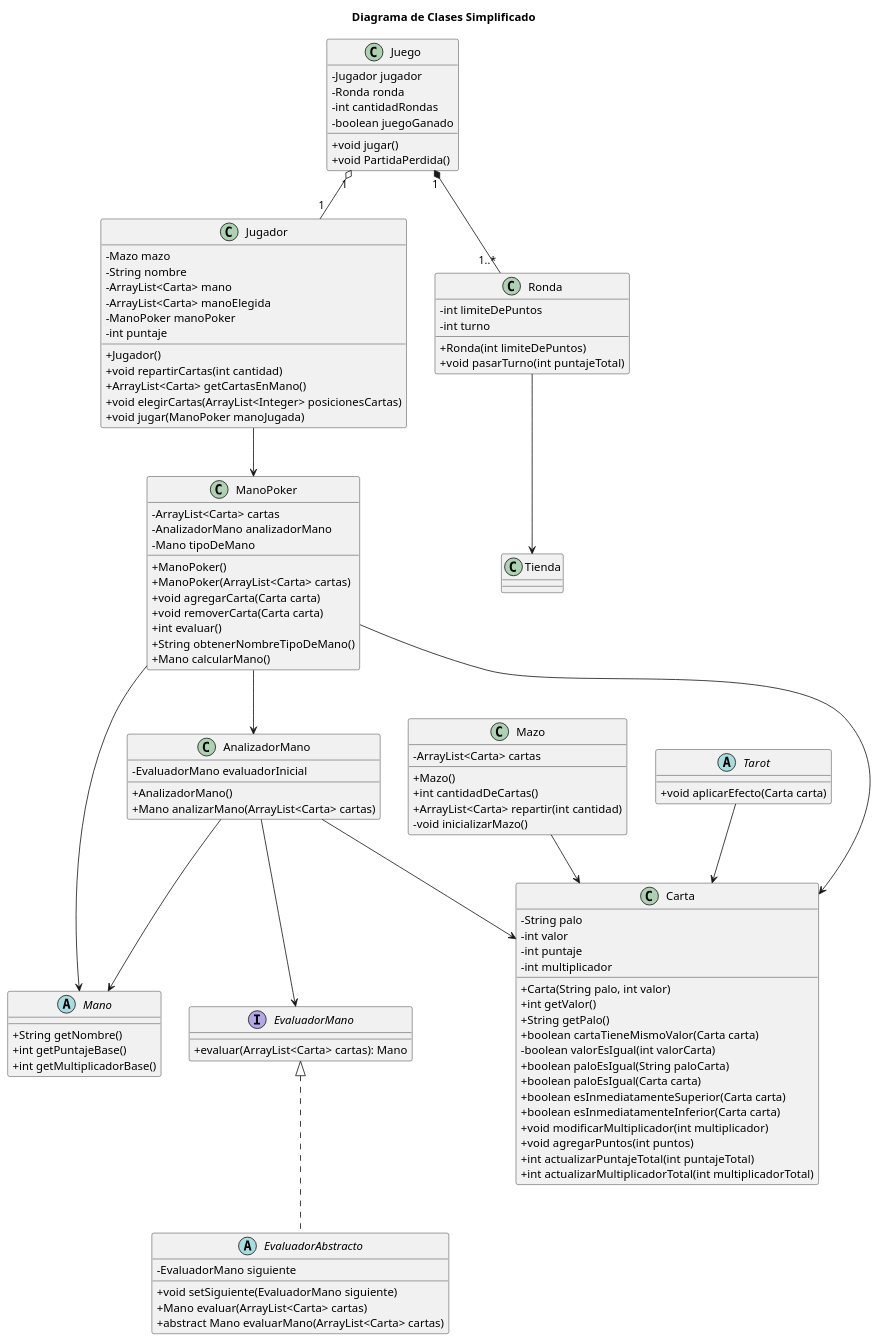
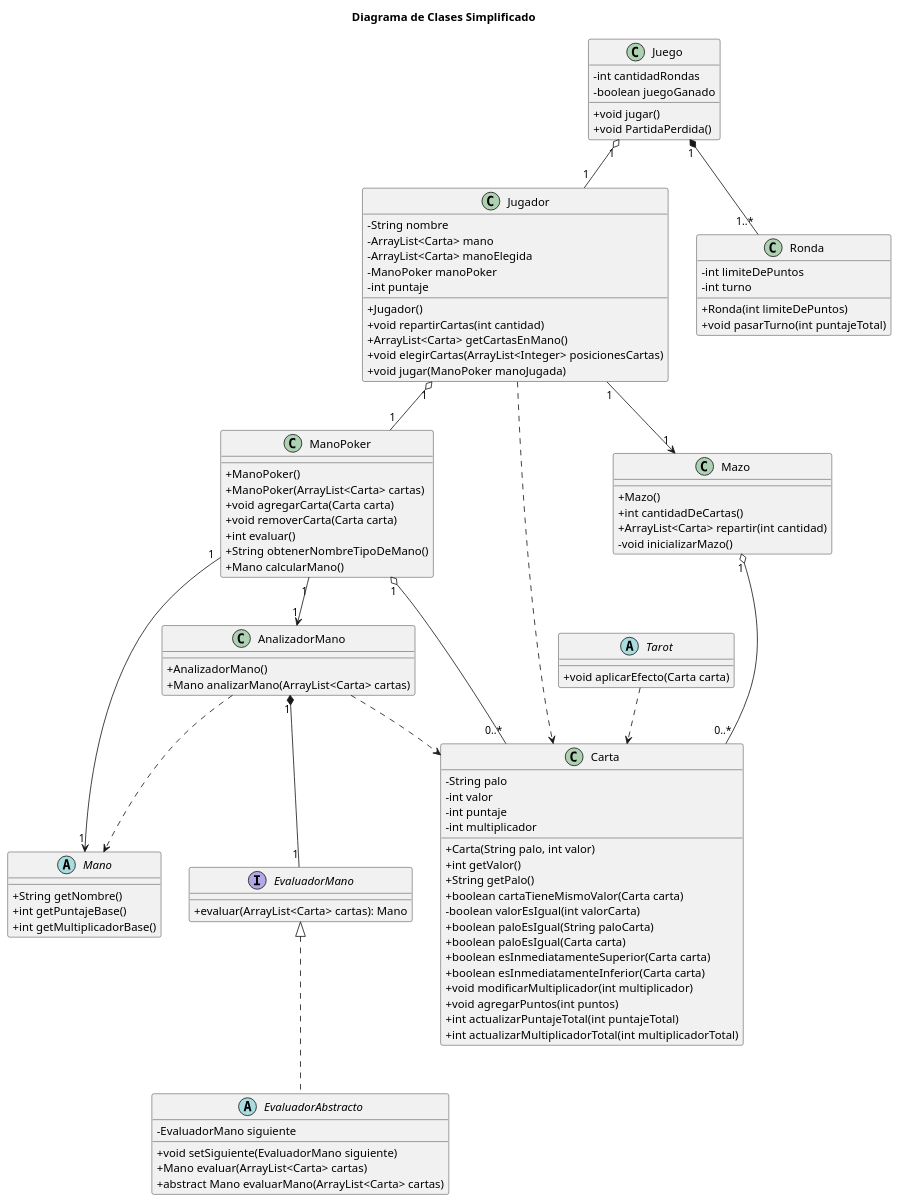
Before and after one commit to JonyHuergo/tp2-paradigmas: the diagram in diagramas/clases/simplificado.puml, drawn with PlantUML.

Commit message:
Cambios relaciones en diagrama simplificado

```diff
--- a/diagramas/clases/simplificado.puml
+++ b/diagramas/clases/simplificado.puml
@@ -1,124 +1,116 @@
 @startuml Diagrama de Clases Simplificado
 
 skinparam classAttributeIconSize 0
 
 title Diagrama de Clases Simplificado
 
 class AnalizadorMano {
-    - EvaluadorMano evaluadorInicial
     + AnalizadorMano()
     + Mano analizarMano(ArrayList<Carta> cartas)
 }
 
 class Carta {
     - String palo
     - int valor
     - int puntaje
     - int multiplicador
     + Carta(String palo, int valor)
     + int getValor()
     + String getPalo()
     + boolean cartaTieneMismoValor(Carta carta)
     - boolean valorEsIgual(int valorCarta)
     + boolean paloEsIgual(String paloCarta)
     + boolean paloEsIgual(Carta carta)
     + boolean esInmediatamenteSuperior(Carta carta)
     + boolean esInmediatamenteInferior(Carta carta)
     + void modificarMultiplicador(int multiplicador)
     + void agregarPuntos(int puntos)
     + int actualizarPuntajeTotal(int puntajeTotal)
     + int actualizarMultiplicadorTotal(int multiplicadorTotal)
 }
 
 class Juego {
-    - Jugador jugador
-    - Ronda ronda
     - int cantidadRondas
     - boolean juegoGanado
     + void jugar()
     + void PartidaPerdida()
 }
 
 class Jugador {
-    - Mazo mazo
     - String nombre
     - ArrayList<Carta> mano
     - ArrayList<Carta> manoElegida
     - ManoPoker manoPoker
     - int puntaje
     + Jugador()
     + void repartirCartas(int cantidad)
     + ArrayList<Carta> getCartasEnMano()
     + void elegirCartas(ArrayList<Integer> posicionesCartas)
     + void jugar(ManoPoker manoJugada)
 }
 
 class ManoPoker {
-    - ArrayList<Carta> cartas
-    - AnalizadorMano analizadorMano
-    - Mano tipoDeMano
     + ManoPoker()
     + ManoPoker(ArrayList<Carta> cartas)
     + void agregarCarta(Carta carta)
     + void removerCarta(Carta carta)
     + int evaluar()
     + String obtenerNombreTipoDeMano()
     + Mano calcularMano()
 }
 
 class Mazo {
-    - ArrayList<Carta> cartas
     + Mazo()
     + int cantidadDeCartas()
     + ArrayList<Carta> repartir(int cantidad)
     - void inicializarMazo()
 }
 
 class Ronda {
     - int limiteDePuntos
     - int turno
     + Ronda(int limiteDePuntos)
     + void pasarTurno(int puntajeTotal)
 }
 
 abstract class Tarot {
     + void aplicarEfecto(Carta carta)
 }
 
 interface EvaluadorMano {
     + evaluar(ArrayList<Carta> cartas): Mano
 }
 
 abstract class EvaluadorAbstracto implements EvaluadorMano {
     - EvaluadorMano siguiente
     + void setSiguiente(EvaluadorMano siguiente)
     + Mano evaluar(ArrayList<Carta> cartas)
     + abstract Mano evaluarMano(ArrayList<Carta> cartas)
 }
 
 abstract class Mano {
     + String getNombre()
     + int getPuntajeBase()
     + int getMultiplicadorBase()
 }
 
-Mazo --> Carta
+Mazo "1" o-- "0..*" Carta
 
-AnalizadorMano --> EvaluadorMano
-AnalizadorMano --> Mano
-AnalizadorMano --> Carta
+AnalizadorMano "1" *-- "1" EvaluadorMano
+AnalizadorMano ..> Mano
+AnalizadorMano ..> Carta
 
 Juego "1" o-- "1" Jugador
 Juego "1" *-- "1..*" Ronda
 
-Jugador --> ManoPoker
+Jugador "1" o-- "1" ManoPoker
+Jugador "1" --> "1" Mazo
+Jugador ..> Carta
 
-ManoPoker --> Carta
-ManoPoker --> AnalizadorMano
-ManoPoker --> Mano
+ManoPoker "1" o-- "0..*" Carta
+ManoPoker "1" --> "1" AnalizadorMano
+ManoPoker "1" --> "1" Mano
 
-Ronda --> Tienda
-
-Tarot --> Carta
+Tarot ..> Carta
 
 @enduml
```
